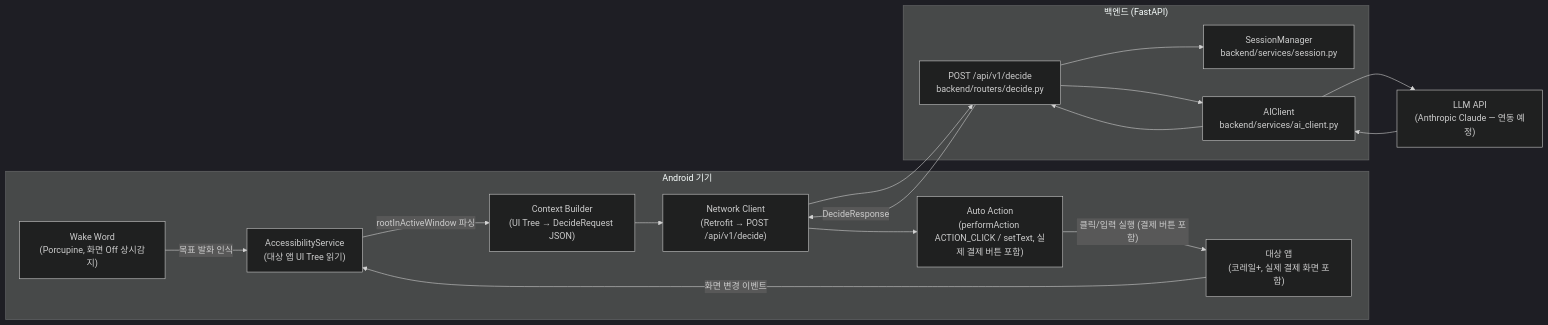
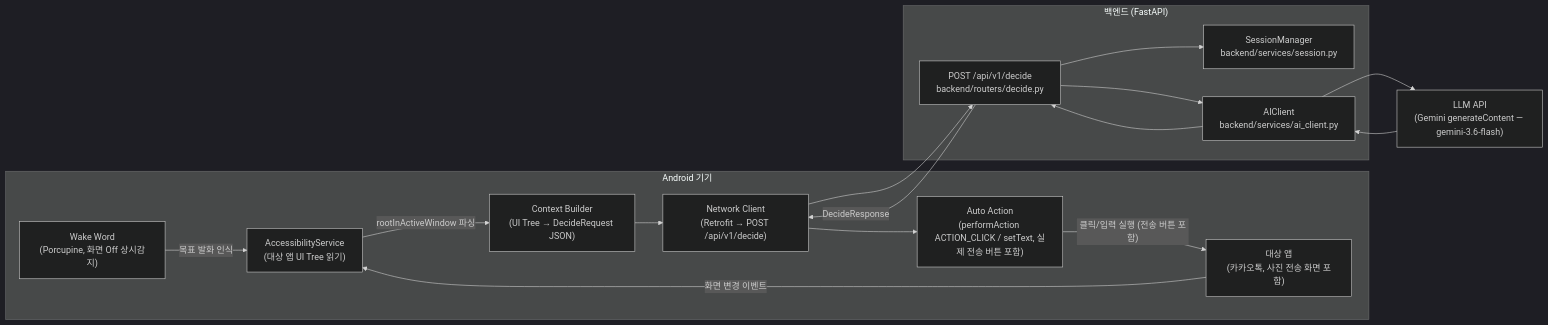
The first of 2 diagrams in docs/ARCHITECTURE.md (jhHa0320/2026-unithon), drawn with Mermaid (dark theme) before and after one commit. The commit also changed other lines of this file and 6 other files, not shown here.

````diff
--- a/docs/ARCHITECTURE.md
+++ b/docs/ARCHITECTURE.md
@@ -13,33 +13,33 @@
 ```mermaid
 flowchart LR
     subgraph Device["Android 기기"]
         WW["Wake Word\n(Porcupine, 화면 Off 상시감지)"]
         AS["AccessibilityService\n(대상 앱 UI Tree 읽기)"]
         CB["Context Builder\n(UI Tree → DecideRequest JSON)"]
         NET["Network Client\n(Retrofit → POST /api/v1/decide)"]
-        ACT["Auto Action\n(performAction ACTION_CLICK / setText, 실제 결제 버튼 포함)"]
-        TARGET["대상 앱\n(코레일+, 실제 결제 화면 포함)"]
+        ACT["Auto Action\n(performAction ACTION_CLICK / setText, 실제 전송 버튼 포함)"]
+        TARGET["대상 앱\n(카카오톡, 사진 전송 화면 포함)"]
     end
 
     subgraph Backend["백엔드 (FastAPI)"]
         API["POST /api/v1/decide\nbackend/routers/decide.py"]
         SESS["SessionManager\nbackend/services/session.py"]
         AI["AIClient\nbackend/services/ai_client.py"]
     end
 
-    LLM["LLM API\n(Anthropic Claude — 연동 예정)"]
+    LLM["LLM API\n(Gemini generateContent — gemini-3.6-flash)"]
 
     WW -->|"목표 발화 인식"| AS
     AS -->|"rootInActiveWindow 파싱"| CB
     CB --> NET
     NET --> API
     API --> SESS
     API --> AI
     AI --> LLM
     LLM --> AI
     AI --> API
     API -->|"DecideResponse"| NET
     NET --> ACT
-    ACT -->|"클릭/입력 실행 (결제 버튼 포함)"| TARGET
+    ACT -->|"클릭/입력 실행 (전송 버튼 포함)"| TARGET
     TARGET -->|"화면 변경 이벤트"| AS
 ```
````
